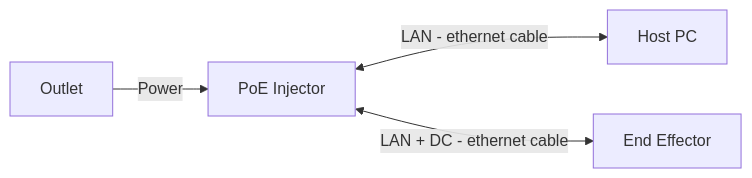
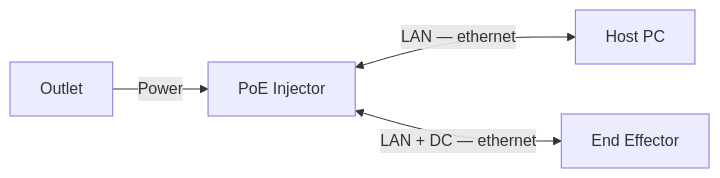
The second of 2 diagrams in README.md (aechoi/smart-suction), drawn with Mermaid before and after one commit. The commit also changed other lines of this file and 14 other files, not shown here.

````diff
--- a/README.md
+++ b/README.md
@@ -29,6 +38,6 @@
 ```mermaid
 graph LR
     A[Outlet] -->|Power| B[PoE Injector]
-    B <-->|LAN - ethernet cable| C[Host PC]
-    B <-->|LAN + DC - ethernet cable| D[End Effector]
+    B <-->|LAN — ethernet| C[Host PC]
+    B <-->|LAN + DC — ethernet| D[End Effector]
 ```
````
